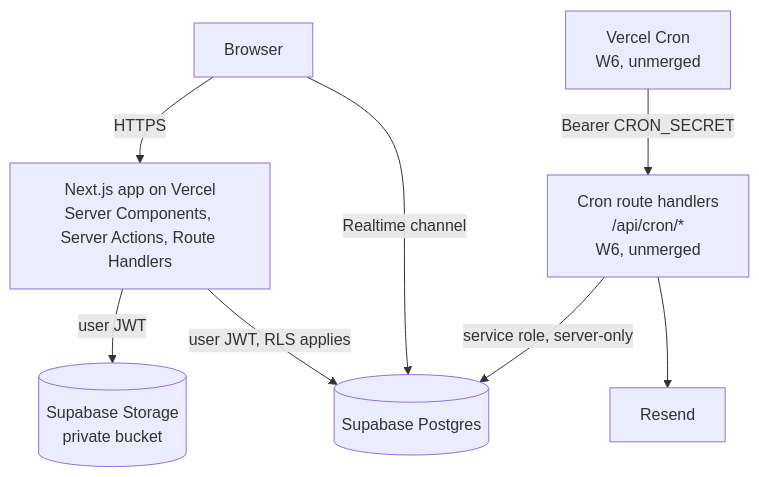
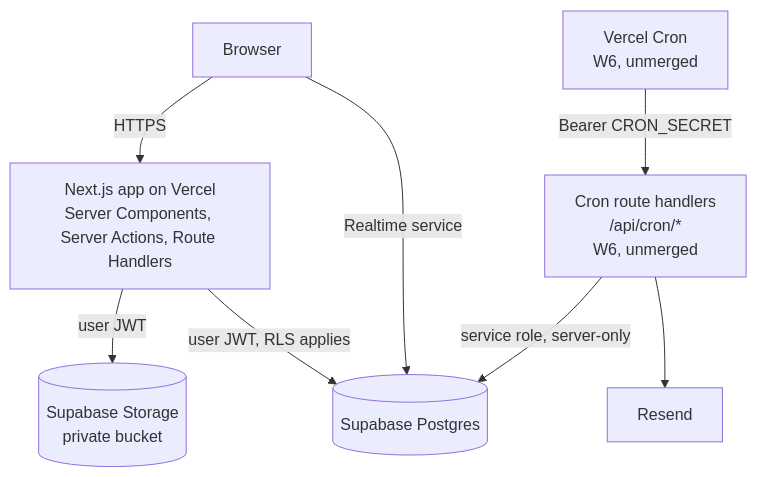
The second of 3 diagrams in docs/process/03-sad.md (DuongHung1712/CertTracker), drawn with Mermaid before and after one commit. The commit also changed other lines of this file and 5 other files, not shown here.

````diff
--- a/docs/process/03-sad.md
+++ b/docs/process/03-sad.md
@@ -30,10 +30,10 @@
 ```mermaid
 flowchart TB
   Browser["Browser"] -->|HTTPS| Next["Next.js app on Vercel<br/>Server Components, Server Actions, Route Handlers"]
   Next -->|"user JWT, RLS applies"| PG[("Supabase Postgres")]
   Next -->|"user JWT"| Storage[("Supabase Storage<br/>private bucket")]
-  Browser -->|"Realtime channel"| PG
+  Browser -->|"Realtime service"| PG
   Cron["Vercel Cron<br/>W6, unmerged"] -->|"Bearer CRON_SECRET"| CronRoutes["Cron route handlers<br/>/api/cron/*<br/>W6, unmerged"]
   CronRoutes -->|"service role, server-only"| PG
   CronRoutes --> Resend["Resend"]
 ```
````
